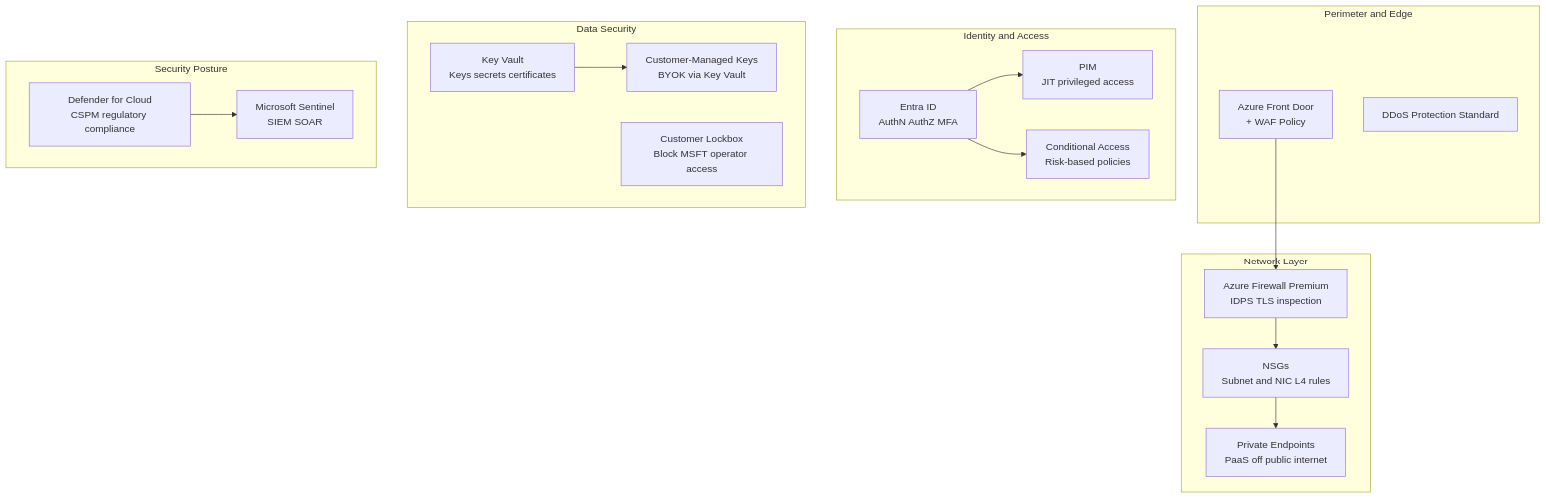
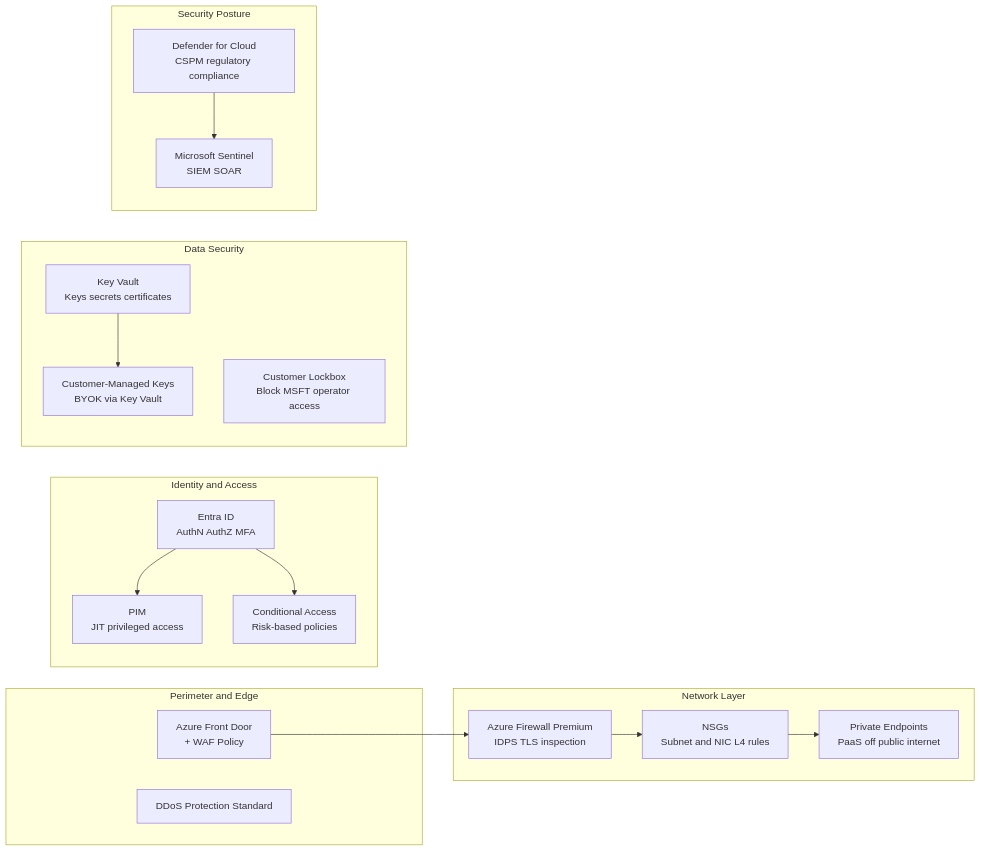
Before and after one commit to ZSzymon/az-305-study-notes: the eighth of 14 diagrams in 07-azure-architectures.md, drawn with Mermaid.

Commit message:
Change graph direction from TB to LR
I am not pretty sure why but LR works here as Top Bottom which makes reading easier.

````diff
--- a/07-azure-architectures.md
+++ b/07-azure-architectures.md
@@ -345,36 +345,36 @@
 ```mermaid
-graph TB
+graph LR
     subgraph EDGE[Perimeter and Edge]
         FD2[Azure Front Door\n+ WAF Policy]
         DDOS[DDoS Protection Standard]
     end
 
     subgraph NET[Network Layer]
         FW[Azure Firewall Premium\nIDPS TLS inspection]
         NSG[NSGs\nSubnet and NIC L4 rules]
         PE[Private Endpoints\nPaaS off public internet]
     end
 
     subgraph IDN[Identity and Access]
         ENTRA[Entra ID\nAuthN AuthZ MFA]
         PIM[PIM\nJIT privileged access]
         CA[Conditional Access\nRisk-based policies]
     end
 
     subgraph DATA[Data Security]
         KV[Key Vault\nKeys secrets certificates]
         CMK[Customer-Managed Keys\nBYOK via Key Vault]
         LOCKBOX[Customer Lockbox\nBlock MSFT operator access]
     end
 
     subgraph POSTURE[Security Posture]
         DFC[Defender for Cloud\nCSPM regulatory compliance]
         SENT[Microsoft Sentinel\nSIEM SOAR]
     end
 
     FD2 --> FW --> NSG --> PE
     ENTRA --> PIM
     ENTRA --> CA
     KV --> CMK
     DFC --> SENT
 ```
````
